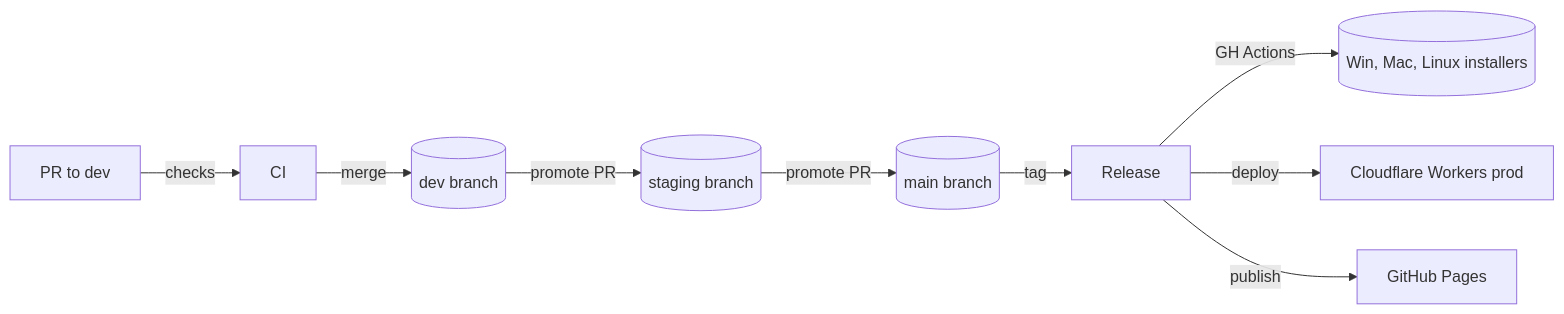
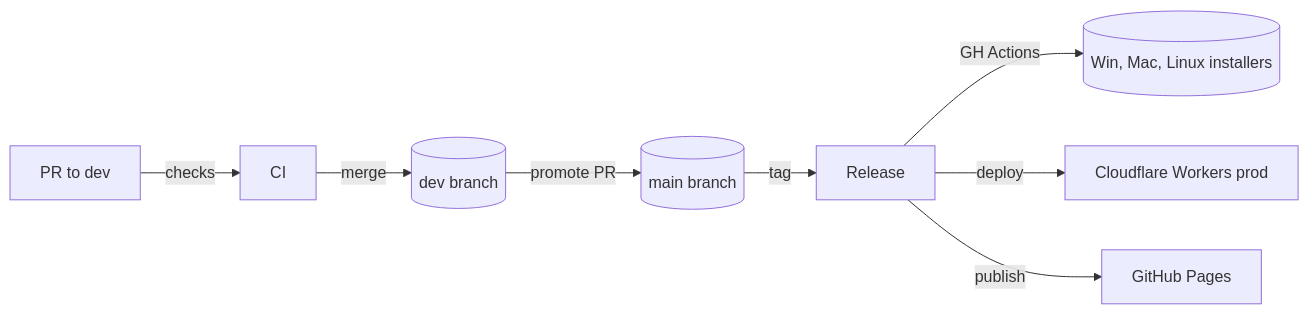
One commit to riczikovacs/clowns-and-mimes-and-rcz changed the ninth of 9 diagrams in docs/ARCHITECTURE.md. Above: the diagram before and after it, drawn with Mermaid. The commit also changed other lines of this file and 9 other files, not shown here.

First line of the commit message:
chore: retire the staging branch and environment

````diff
--- a/docs/ARCHITECTURE.md
+++ b/docs/ARCHITECTURE.md
@@ -337,11 +337,10 @@
 ```mermaid
 flowchart LR
   PR[PR to dev] -->|checks| CI
   CI -->|merge| Dev[(dev branch)]
-  Dev -->|promote PR| Staging[(staging branch)]
-  Staging -->|promote PR| Main[(main branch)]
+  Dev -->|promote PR| Main[(main branch)]
   Main -->|tag| Release
   Release -->|GH Actions| Builds[(Win, Mac, Linux installers)]
   Release -->|deploy| Workers[Cloudflare Workers prod]
   Release -->|publish| Pages[GitHub Pages]
 ```
````
